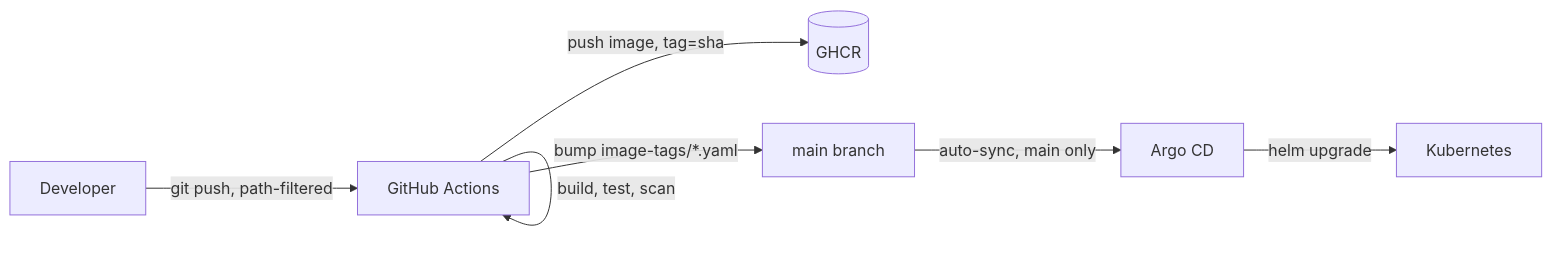
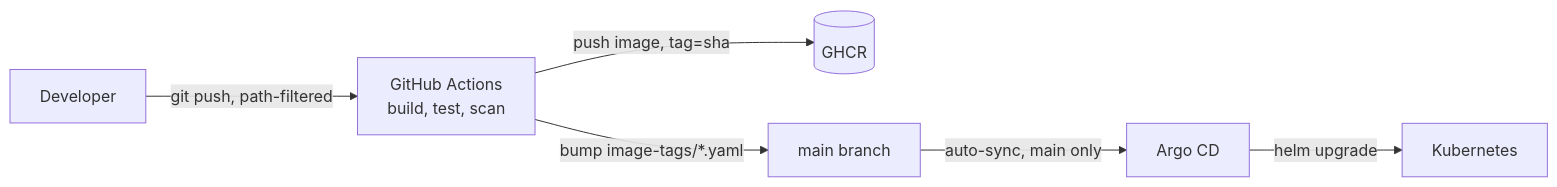
The third of 3 diagrams in README.md (alex-shepel-oo/gaming-backend-platform), drawn with Mermaid before and after one commit. The commit also changed 1 other file, not shown here.

Commit message:
fix(readme): drop the self-referencing CI node in both GitOps diagrams
CI --> CI, meant as shorthand for "these steps happen inside CI," reads
as a stray loop rather than a real transition. Folded into the node's
own label instead.

````diff
--- a/README.md
+++ b/README.md
@@ -339,9 +339,8 @@
 ```mermaid
 flowchart LR
-    Dev[Developer] -->|git push, path-filtered| CI[GitHub Actions]
-    CI -->|build, test, scan| CI
+    Dev[Developer] -->|git push, path-filtered| CI["GitHub Actions<br/>build, test, scan"]
     CI -->|push image, tag=sha| GHCR[(GHCR)]
     CI -->|bump image-tags/*.yaml| Main[main branch]
     Main -->|auto-sync, main only| ArgoCD[Argo CD]
     ArgoCD -->|helm upgrade| K8s[Kubernetes]
 ```
````
